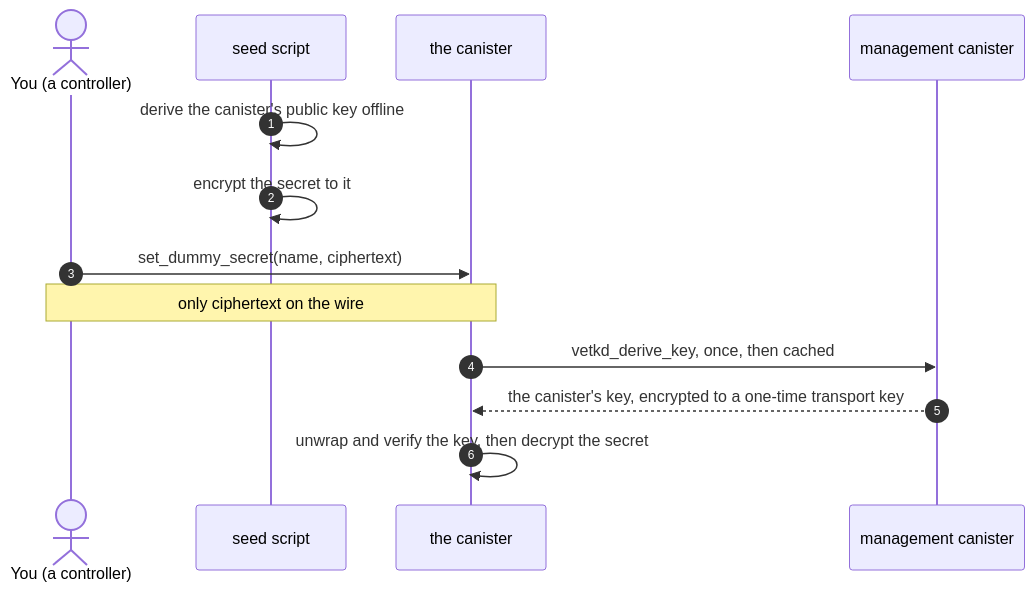
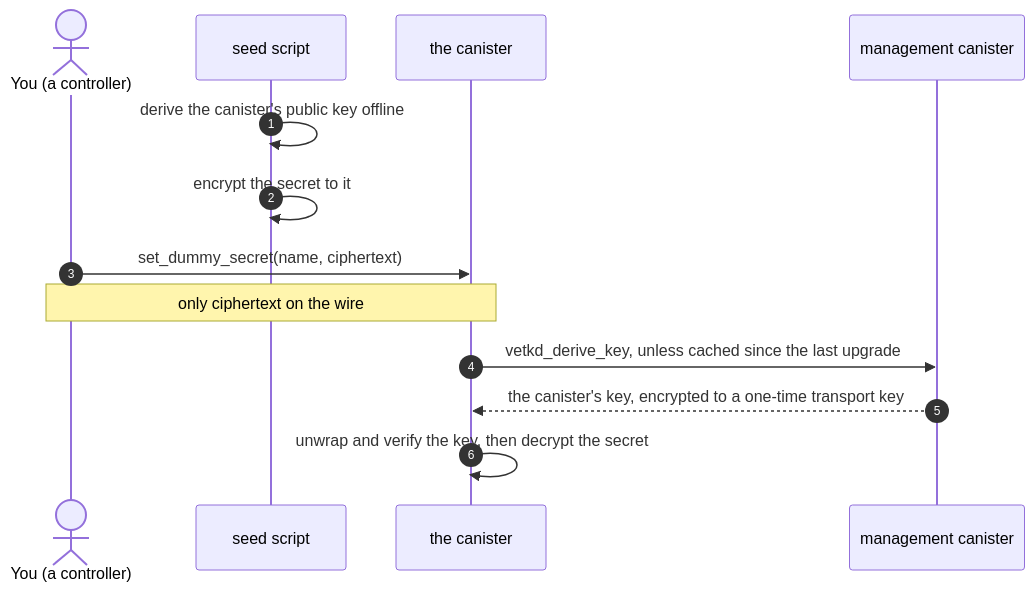
The second of 2 diagrams in README.md (marc0olo/icp-seeding-secrets-poc), drawn with Mermaid before and after one commit. The commit also changed other lines of this file and 2 other files, not shown here.

````diff
--- a/README.md
+++ b/README.md
@@ -67,16 +70,16 @@
 ```mermaid
 sequenceDiagram
     autonumber
     actor Dev as You (a controller)
     participant Seed as seed script
     participant Can as the canister
     participant Mgmt as management canister
 
     Seed->>Seed: derive the canister's public key offline
     Seed->>Seed: encrypt the secret to it
     Dev->>Can: set_dummy_secret(name, ciphertext)
     Note over Dev,Can: only ciphertext on the wire
-    Can->>Mgmt: vetkd_derive_key, once, then cached
+    Can->>Mgmt: vetkd_derive_key, unless cached since the last upgrade
     Mgmt-->>Can: the canister's key, encrypted to a one-time transport key
     Can->>Can: unwrap and verify the key, then decrypt the secret
 ```
````
